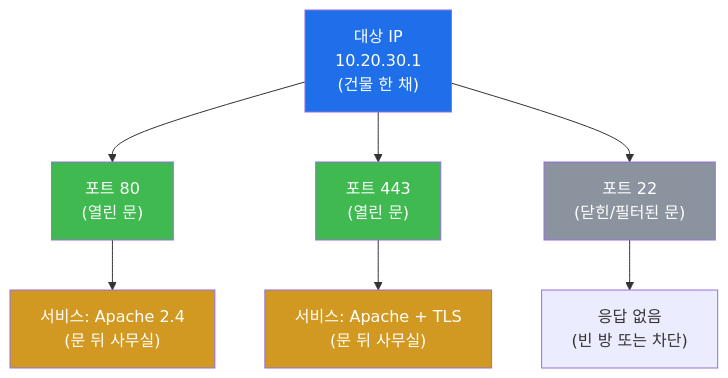
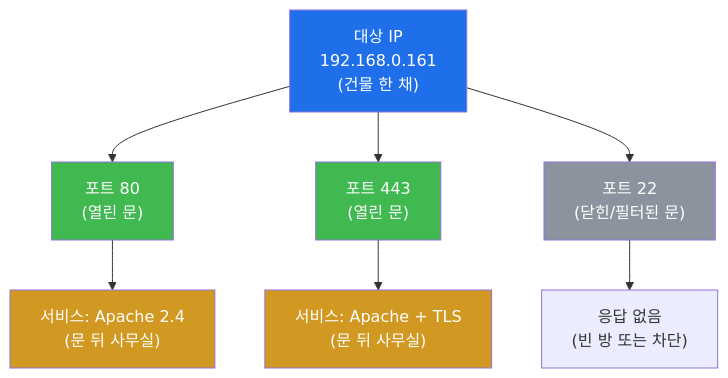
The second of 7 diagrams in contents/training/attack/lecture_week01.md (mrgrit/tw2), drawn with Mermaid before and after one commit. The commit also changed other lines of this file and 304 other files, not shown here.

````diff
--- a/contents/training/attack/lecture_week01.md
+++ b/contents/training/attack/lecture_week01.md
@@ -186,16 +186,16 @@
 ```mermaid
 graph TD
-    IP["대상 IP<br/>10.20.30.1<br/>(건물 한 채)"]
+    IP["대상 IP<br/>192.168.0.161<br/>(건물 한 채)"]
     IP --> P80["포트 80<br/>(열린 문)"]
     IP --> P443["포트 443<br/>(열린 문)"]
     IP --> P22["포트 22<br/>(닫힌/필터된 문)"]
     P80 --> S80["서비스: Apache 2.4<br/>(문 뒤 사무실)"]
     P443 --> S443["서비스: Apache + TLS<br/>(문 뒤 사무실)"]
     P22 --> S22["응답 없음<br/>(빈 방 또는 차단)"]
     style IP fill:#1f6feb,color:#fff
     style P80 fill:#3fb950,color:#fff
     style P443 fill:#3fb950,color:#fff
     style P22 fill:#8b949e,color:#fff
     style S80 fill:#d29922,color:#fff
     style S443 fill:#d29922,color:#fff
 ```
````
